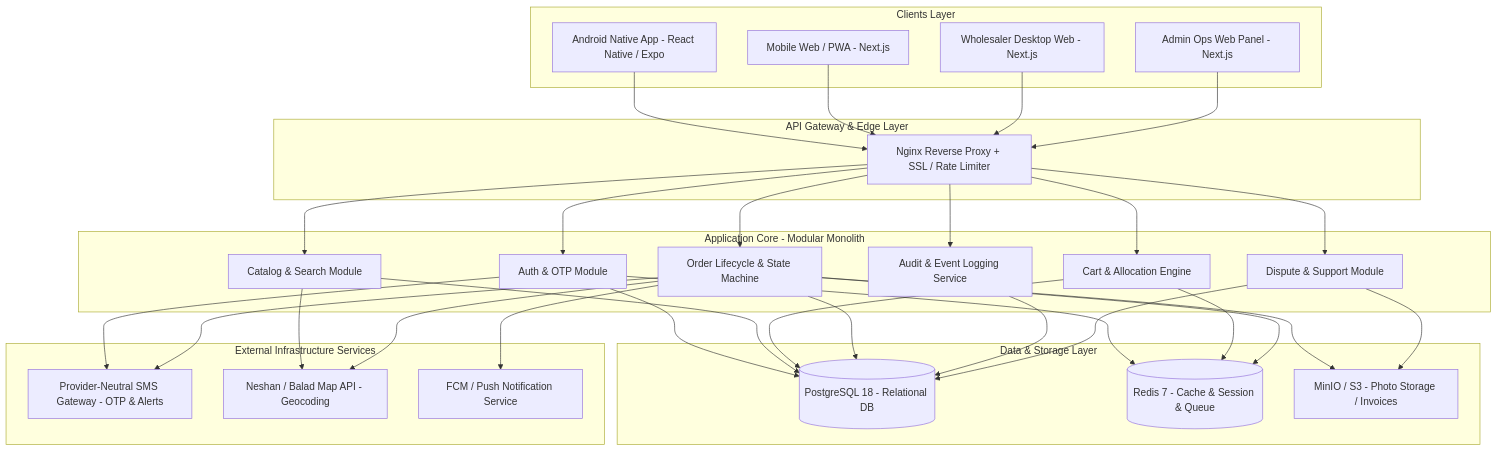
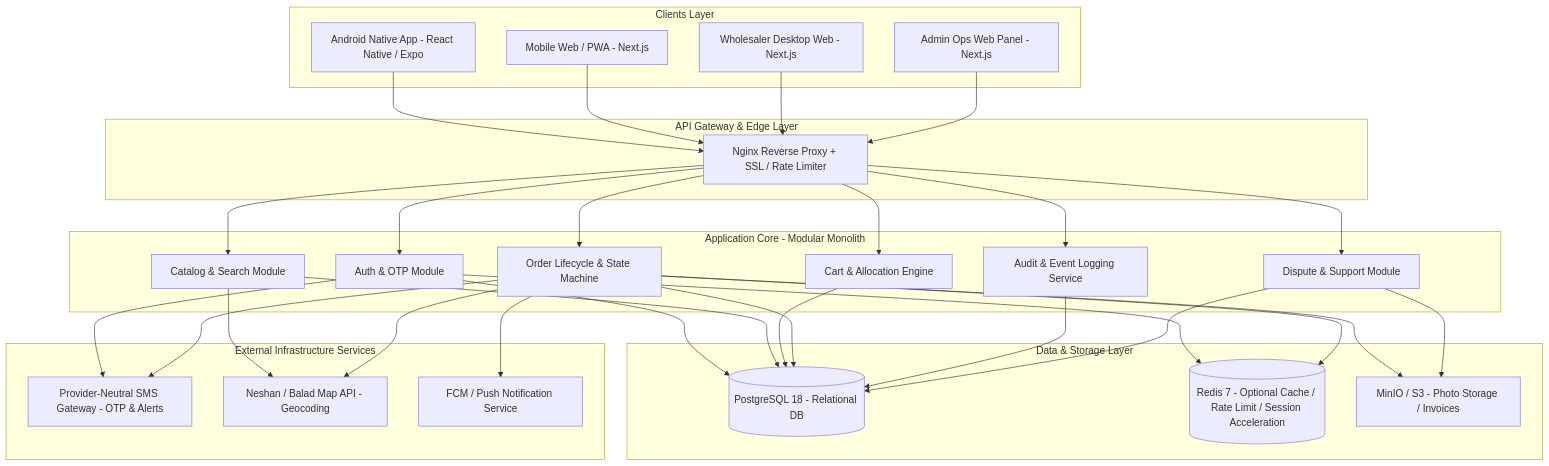
The first of 2 diagrams in 06_PRODUCT/Technical_Architecture_Spec.md (rrasi90/POL-2.3), drawn with Mermaid before and after one commit. The commit also changed other lines of this file, not shown here.

Commit message:
architecture: canonicalize python workers and postgres outbox

````diff
--- a/06_PRODUCT/Technical_Architecture_Spec.md
+++ b/06_PRODUCT/Technical_Architecture_Spec.md
@@ -11,43 +11,43 @@
 ```mermaid
 flowchart TD
     subgraph Clients Layer
         A1[Android Native App - React Native / Expo]
         A2[Mobile Web / PWA - Next.js]
         A3[Wholesaler Desktop Web - Next.js]
         A4[Admin Ops Web Panel - Next.js]
     end
 
     subgraph API Gateway & Edge Layer
         B1[Nginx Reverse Proxy + SSL / Rate Limiter]
     end
 
     subgraph Application Core - Modular Monolith
         C1[Auth & OTP Module]
         C2[Catalog & Search Module]
         C3[Cart & Allocation Engine]
         C4[Order Lifecycle & State Machine]
         C5[Audit & Event Logging Service]
         C6[Dispute & Support Module]
     end
 
     subgraph Data & Storage Layer
         D1[(PostgreSQL 18 - Relational DB)]
-        D2[(Redis 7 - Cache & Session & Queue)]
+        D2[(Redis 7 - Optional Cache / Rate Limit / Session Acceleration)]
         D3[MinIO / S3 - Photo Storage / Invoices]
     end
 
     subgraph External Infrastructure Services
         E1[Provider-Neutral SMS Gateway - OTP & Alerts]
         E2[Neshan / Balad Map API - Geocoding]
         E3[FCM / Push Notification Service]
     end
 
     A1 & A2 & A3 & A4 --> B1
     B1 --> C1 & C2 & C3 & C4 & C5 & C6
     C1 & C2 & C3 & C4 & C5 & C6 --> D1
-    C1 & C3 & C4 --> D2
+    C1 & C4 --> D2
     C4 & C6 --> D3
     C1 & C4 --> E1
     C2 & C4 --> E2
     C4 --> E3
 ```
````
